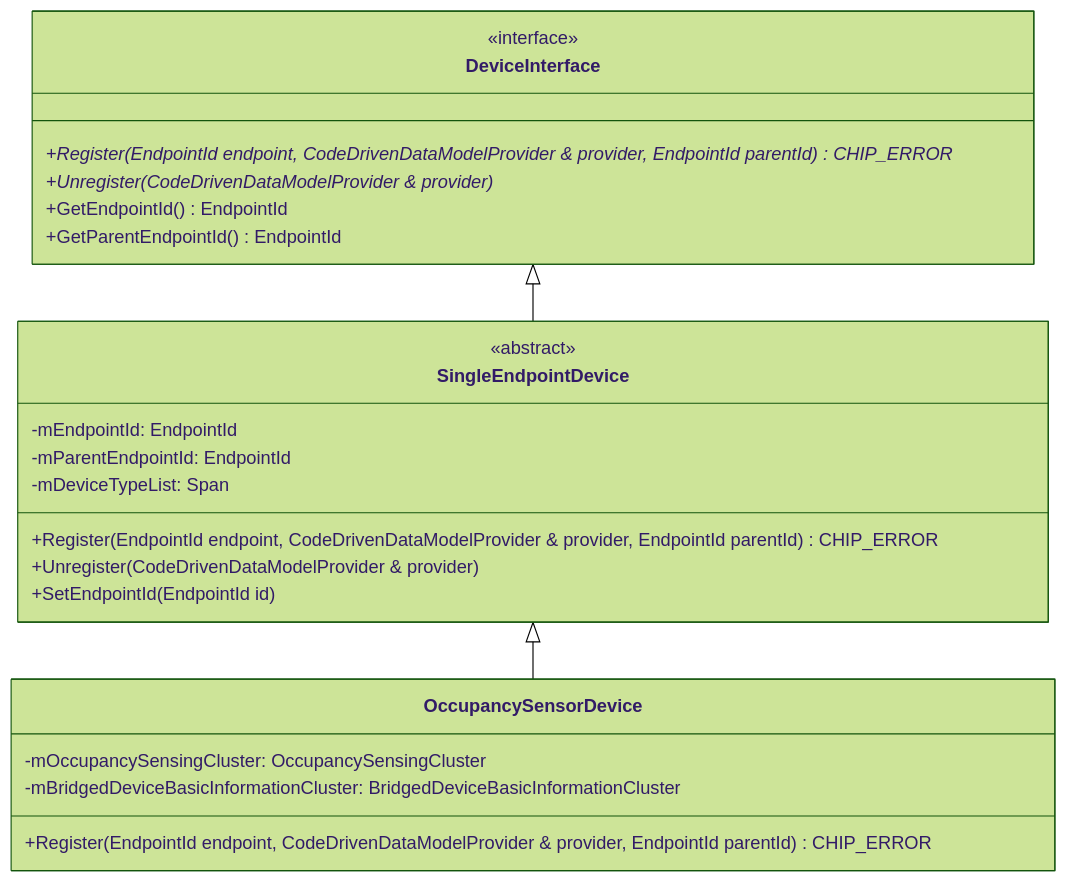
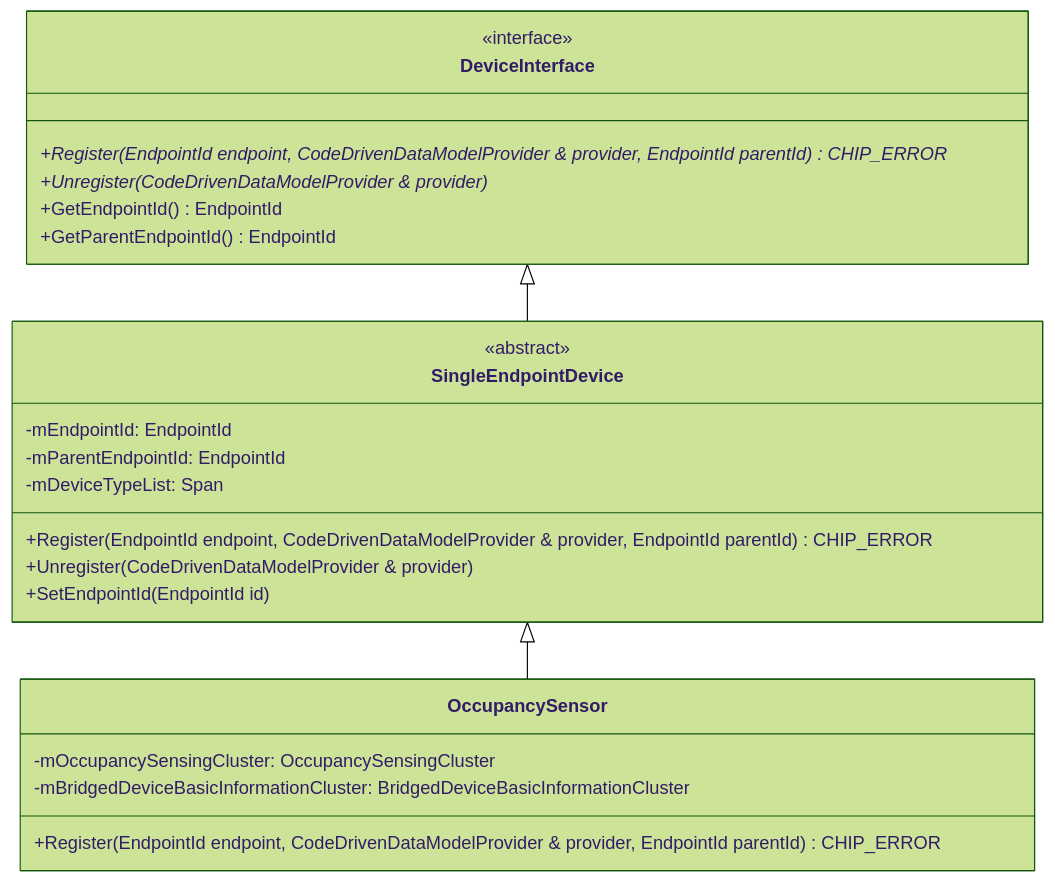
The second of 2 diagrams in examples/all-devices-app/docs/architecture.md (project-chip/connectedhomeip), drawn with Mermaid (forest theme) before and after one commit. The commit also changed other lines of this file and 447 other files, not shown here.

````diff
--- a/examples/all-devices-app/docs/architecture.md
+++ b/examples/all-devices-app/docs/architecture.md
@@ -80,29 +80,29 @@
 ```mermaid
 classDiagram
     class DeviceInterface {
         <<interface>>
         +Register(EndpointId endpoint, CodeDrivenDataModelProvider & provider, EndpointId parentId)* CHIP_ERROR
         +Unregister(CodeDrivenDataModelProvider & provider)*
         +GetEndpointId() EndpointId
         +GetParentEndpointId() EndpointId
     }
 
     class SingleEndpointDevice {
         <<abstract>>
         -mEndpointId: EndpointId
         -mParentEndpointId: EndpointId
         -mDeviceTypeList: Span<DeviceTypeDescriptor>
         +Register(EndpointId endpoint, CodeDrivenDataModelProvider & provider, EndpointId parentId) CHIP_ERROR
         +Unregister(CodeDrivenDataModelProvider & provider)
         +SetEndpointId(EndpointId id)
     }
 
-    class OccupancySensorDevice {
+    class OccupancySensor {
         -mOccupancySensingCluster: OccupancySensingCluster
         -mBridgedDeviceBasicInformationCluster: BridgedDeviceBasicInformationCluster
         +Register(EndpointId endpoint, CodeDrivenDataModelProvider & provider, EndpointId parentId) CHIP_ERROR
     }
 
     DeviceInterface <|-- SingleEndpointDevice
-    SingleEndpointDevice <|-- OccupancySensorDevice
+    SingleEndpointDevice <|-- OccupancySensor
 ```
````
